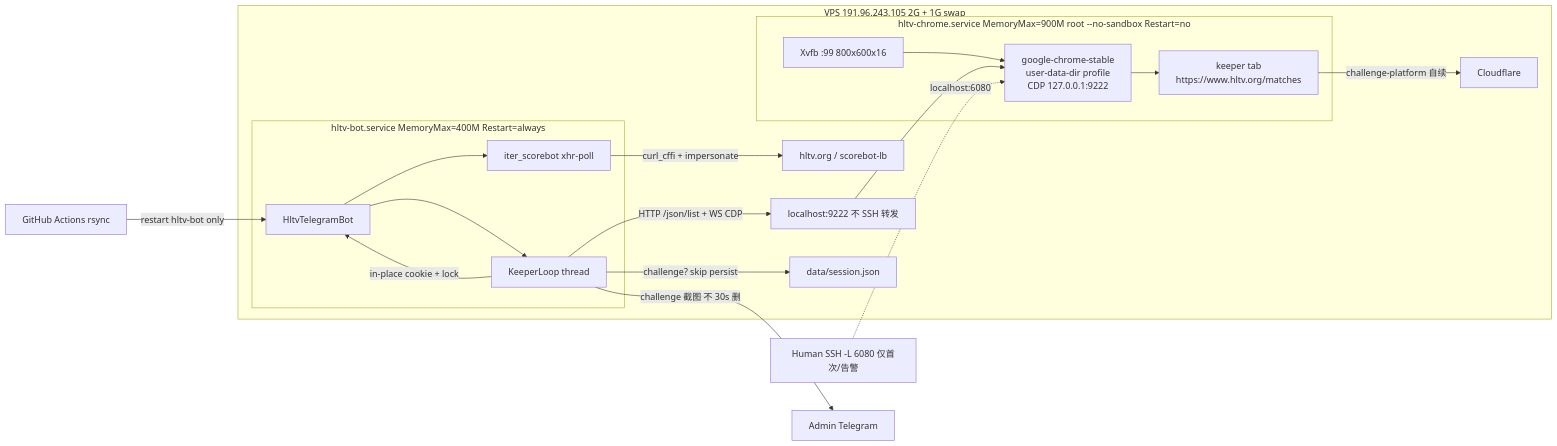
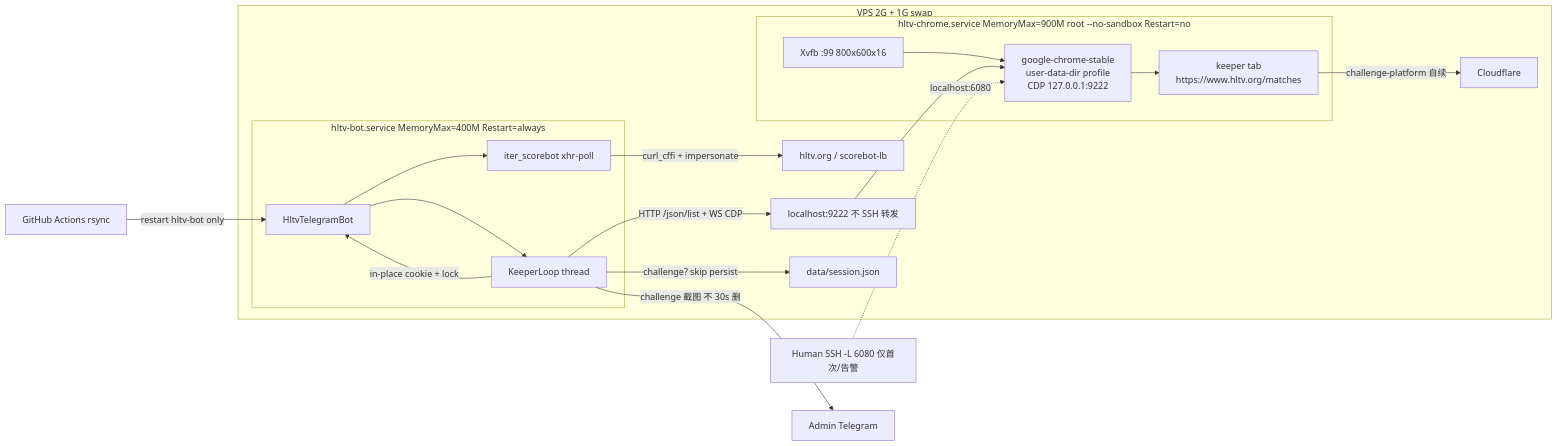
One commit to woq/hltv-bot changed the first of 3 diagrams in docs/chrome-keeper-step1.md. Above: the diagram before and after it, drawn with Mermaid. The commit also changed other lines of this file and 7 other files, not shown here.

````diff
--- a/docs/chrome-keeper-step1.md
+++ b/docs/chrome-keeper-step1.md
@@ -123,31 +123,31 @@
 ```mermaid
 flowchart LR
-  subgraph vps["VPS 191.96.243.105  2G + 1G swap"]
+  subgraph vps["VPS <YOUR_VPS_IP>  2G + 1G swap"]
     subgraph chrome_cgroup["hltv-chrome.service  MemoryMax=900M  root --no-sandbox  Restart=no"]
       Xvfb["Xvfb :99  800x600x16"]
       Chrome["google-chrome-stable\nuser-data-dir profile\nCDP 127.0.0.1:9222"]
       Tab["keeper tab\nhttps://www.hltv.org/matches"]
       Xvfb --> Chrome --> Tab
     end
     subgraph bot_cgroup["hltv-bot.service  MemoryMax=400M  Restart=always"]
       Bot["HltvTelegramBot"]
       Watch["iter_scorebot xhr-poll"]
       Keeper["KeeperLoop thread"]
       Bot --> Watch
       Bot --> Keeper
     end
     CDP["localhost:9222 不 SSH 转发"]
     Sess["data/session.json"]
     Keeper -->|HTTP /json/list + WS CDP| CDP
     CDP --> Chrome
     Keeper -->|challenge? skip persist| Sess
     Keeper -->|in-place cookie + lock| Bot
     Watch -->|curl_cffi + impersonate| HLTV["hltv.org / scorebot-lb"]
     Tab -->|challenge-platform 自续| CF["Cloudflare"]
   end
   Admin["Admin Telegram"]
   Human["Human SSH -L 6080 仅首次/告警"]
   Keeper -->|challenge 截图 不 30s 删| Admin
   Human -.->|localhost:6080| Chrome
   GA["GitHub Actions rsync"] -->|restart hltv-bot only| Bot
 ```
````
